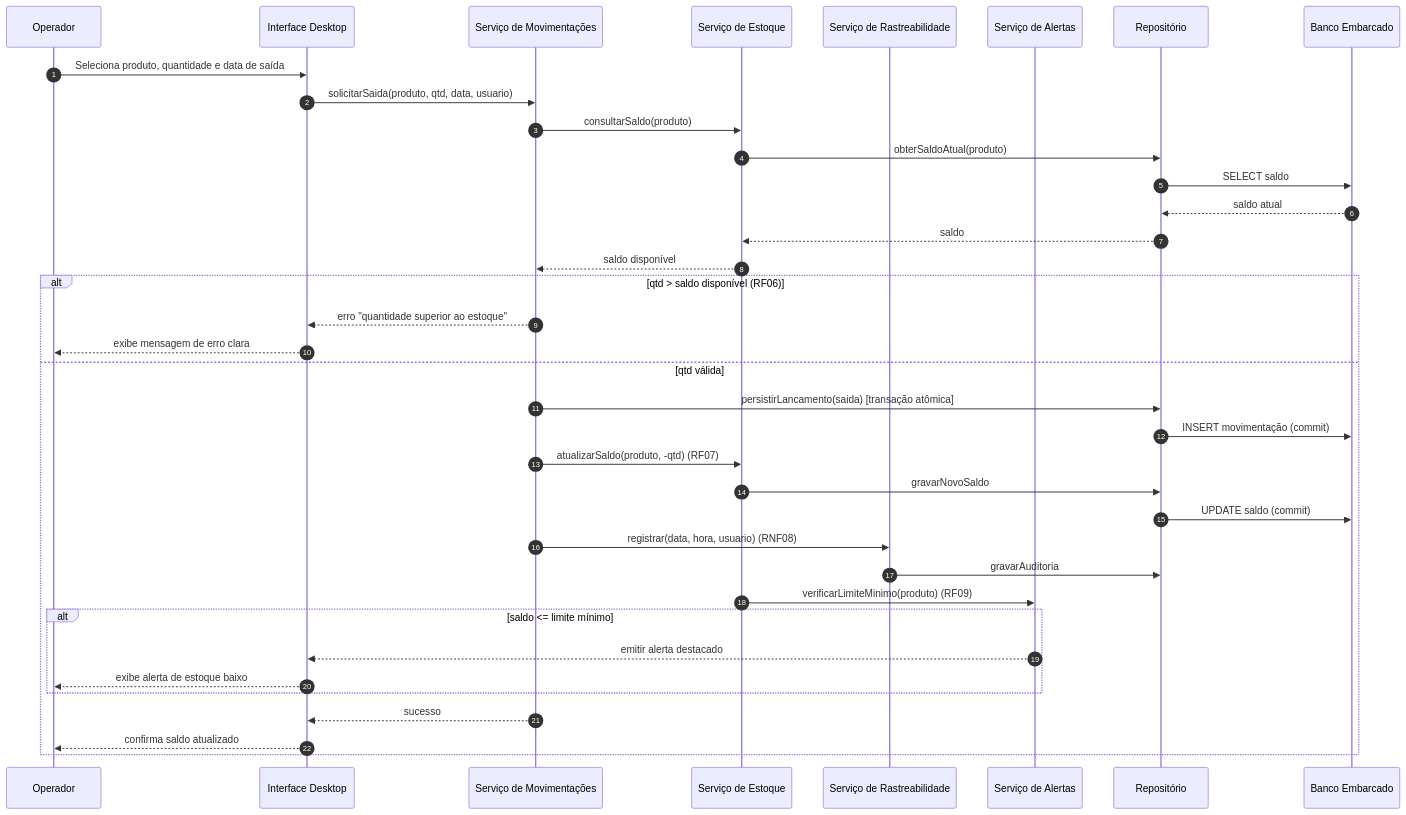
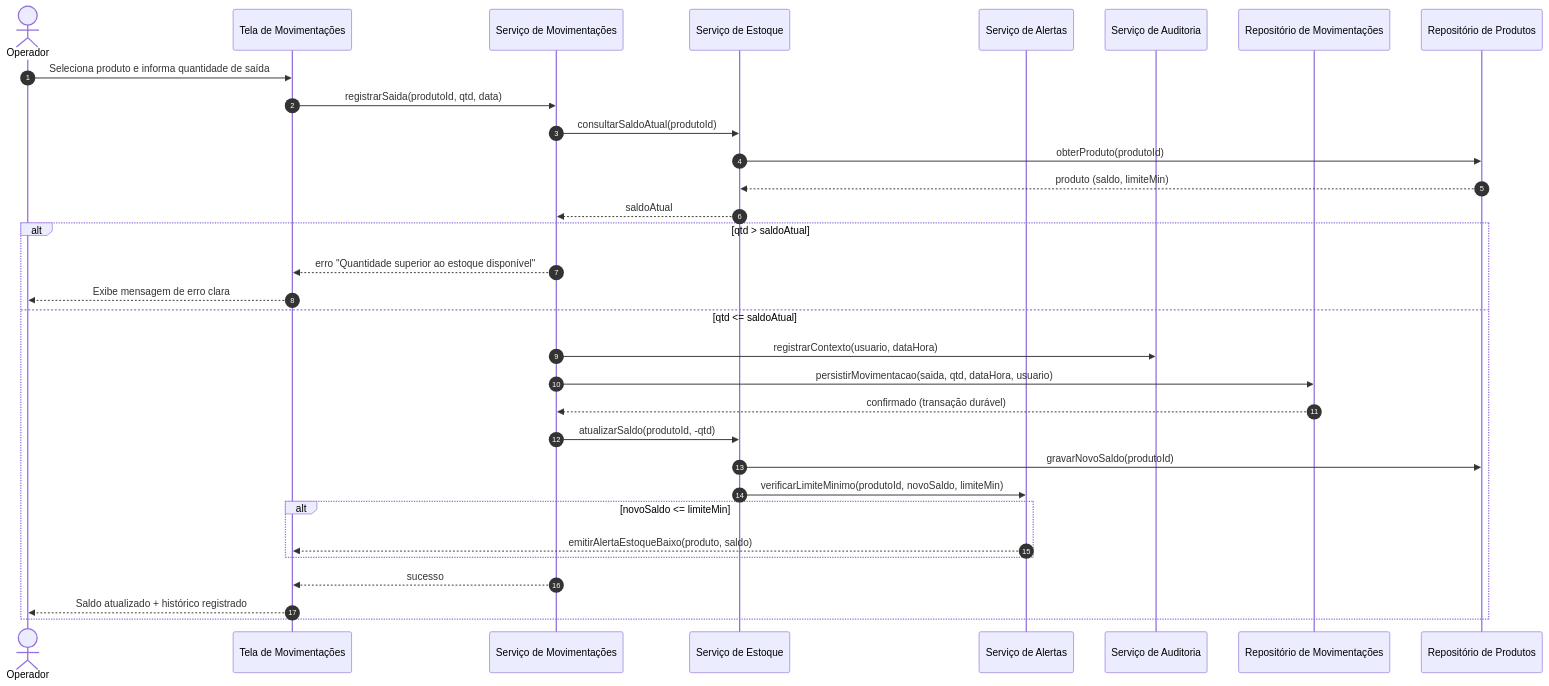
Before and after one commit to PDC-ESIA/AI4ES: the second of 3 diagrams in docs/Time_2_Design/analise-qualitativa/outputs/relatorio_claude_opus_4_8_P03.md, drawn with Mermaid. The commit also changed other lines of this file and 107 other files, not shown here.

````diff
--- a/docs/Time_2_Design/analise-qualitativa/outputs/relatorio_claude_opus_4_8_P03.md
+++ b/docs/Time_2_Design/analise-qualitativa/outputs/relatorio_claude_opus_4_8_P03.md
@@ -73,41 +93,35 @@
 ```mermaid
 sequenceDiagram
     autonumber
-    participant OP as Operador
-    participant UI as Interface Desktop
-    participant MOV as Serviço de Movimentações
-    participant EST as Serviço de Estoque
-    participant AUD as Serviço de Rastreabilidade
-    participant NOT as Serviço de Alertas
-    participant REPO as Repositório
-    participant DB as Banco Embarcado
+    actor Op as Operador
+    participant UI as Tela de Movimentações
+    participant SM as Serviço de Movimentações
+    participant SE as Serviço de Estoque
+    participant SA as Serviço de Alertas
+    participant AU as Serviço de Auditoria
+    participant RM as Repositório de Movimentações
+    participant RP as Repositório de Produtos
 
-    OP->>UI: Seleciona produto, quantidade e data de saída
-    UI->>MOV: solicitarSaida(produto, qtd, data, usuario)
-    MOV->>EST: consultarSaldo(produto)
-    EST->>REPO: obterSaldoAtual(produto)
-    REPO->>DB: SELECT saldo
-    DB-->>REPO: saldo atual
-    REPO-->>EST: saldo
-    EST-->>MOV: saldo disponível
-
-    alt qtd > saldo disponível (RF06)
-        MOV-->>UI: erro "quantidade superior ao estoque"
-        UI-->>OP: exibe mensagem de erro clara
-    else qtd válida
-        MOV->>REPO: persistirLancamento(saida) [transação atômica]
-        REPO->>DB: INSERT movimentação (commit)
-        MOV->>EST: atualizarSaldo(produto, -qtd) (RF07)
-        EST->>REPO: gravarNovoSaldo
-        REPO->>DB: UPDATE saldo (commit)
-        MOV->>AUD: registrar(data, hora, usuario) (RNF08)
-        AUD->>REPO: gravarAuditoria
-        EST->>NOT: verificarLimiteMinimo(produto) (RF09)
-        alt saldo <= limite mínimo
-            NOT-->>UI: emitir alerta destacado
-            UI-->>OP: exibe alerta de estoque baixo
+    Op->>UI: Seleciona produto e informa quantidade de saída
+    UI->>SM: registrarSaida(produtoId, qtd, data)
+    SM->>SE: consultarSaldoAtual(produtoId)
+    SE->>RP: obterProduto(produtoId)
+    RP-->>SE: produto (saldo, limiteMin)
+    SE-->>SM: saldoAtual
+    alt qtd > saldoAtual
+        SM-->>UI: erro "Quantidade superior ao estoque disponível"
+        UI-->>Op: Exibe mensagem de erro clara
+    else qtd <= saldoAtual
+        SM->>AU: registrarContexto(usuario, dataHora)
+        SM->>RM: persistirMovimentacao(saida, qtd, dataHora, usuario)
+        RM-->>SM: confirmado (transação durável)
+        SM->>SE: atualizarSaldo(produtoId, -qtd)
+        SE->>RP: gravarNovoSaldo(produtoId)
+        SE->>SA: verificarLimiteMinimo(produtoId, novoSaldo, limiteMin)
+        alt novoSaldo <= limiteMin
+            SA-->>UI: emitirAlertaEstoqueBaixo(produto, saldo)
         end
-        MOV-->>UI: sucesso
-        UI-->>OP: confirma saldo atualizado
+        SM-->>UI: sucesso
+        UI-->>Op: Saldo atualizado + histórico registrado
     end
 ```
````
